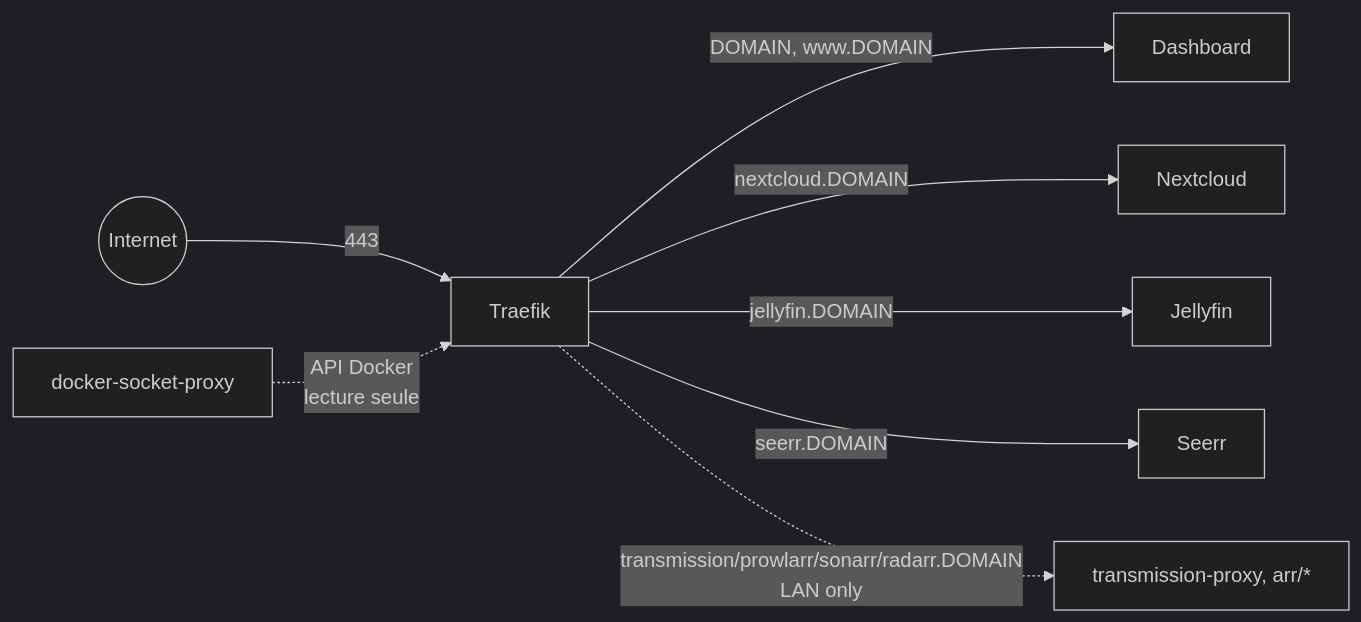
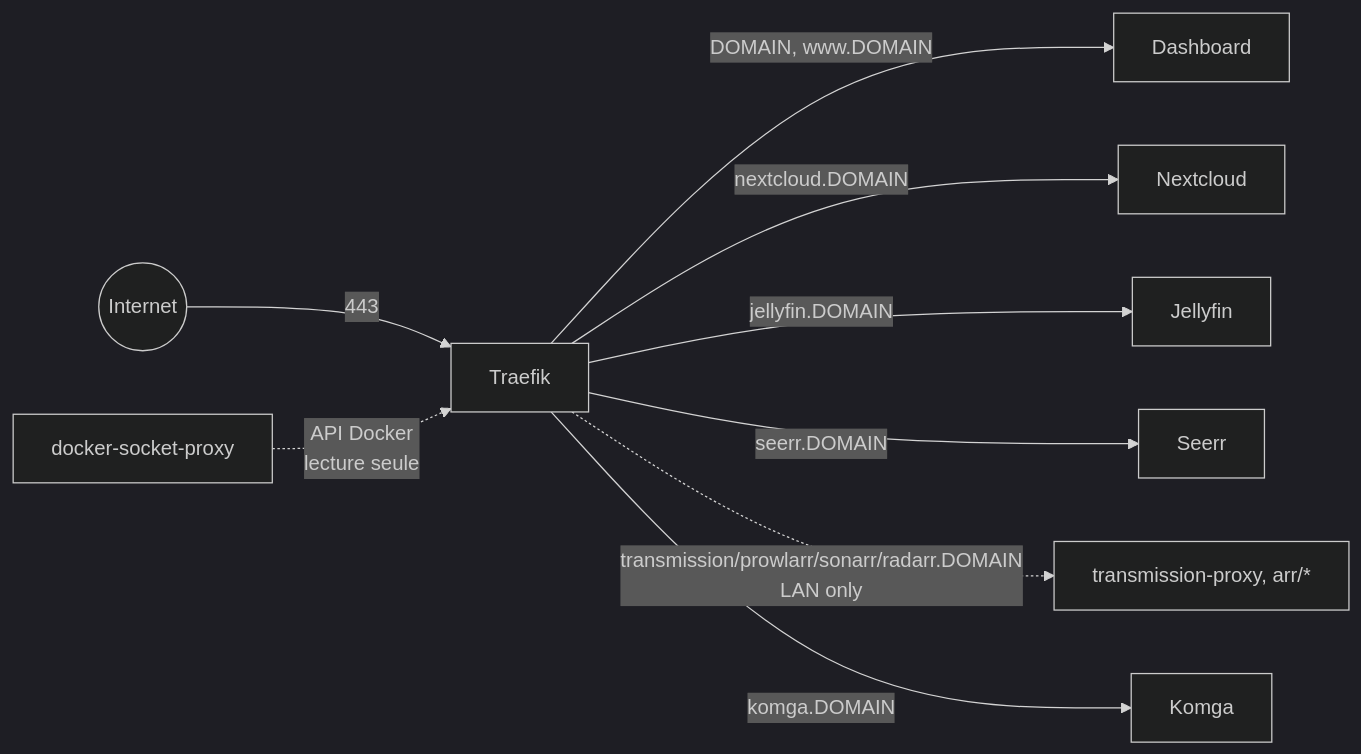
One commit to nattyebola/home-server-services changed the first of 4 diagrams in ARCHITECTURE.md. Above: the diagram before and after it, drawn with Mermaid (dark theme). The commit also changed other lines of this file and 9 other files, not shown here.

````diff
--- a/ARCHITECTURE.md
+++ b/ARCHITECTURE.md
@@ -20,12 +20,13 @@
 ```mermaid
 flowchart LR
     Internet(("Internet")) -->|"443"| Traefik
 
     SocketProxy["docker-socket-proxy"] -.->|"API Docker\nlecture seule"| Traefik
 
     Traefik -->|"DOMAIN, www.DOMAIN"| Dashboard
     Traefik -->|"nextcloud.DOMAIN"| Nextcloud
     Traefik -->|"jellyfin.DOMAIN"| Jellyfin
     Traefik -->|"seerr.DOMAIN"| Seerr
     Traefik -.->|"transmission/prowlarr/sonarr/radarr.DOMAIN\nLAN only"| LanServices["transmission-proxy, arr/*"]
+    Traefik -->|"komga.DOMAIN"| Komga
 ```
````
